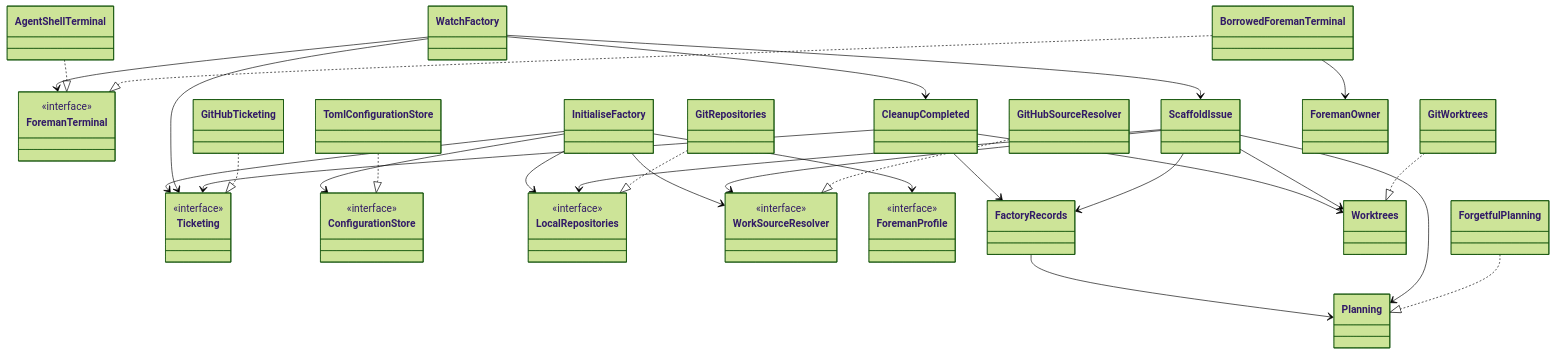
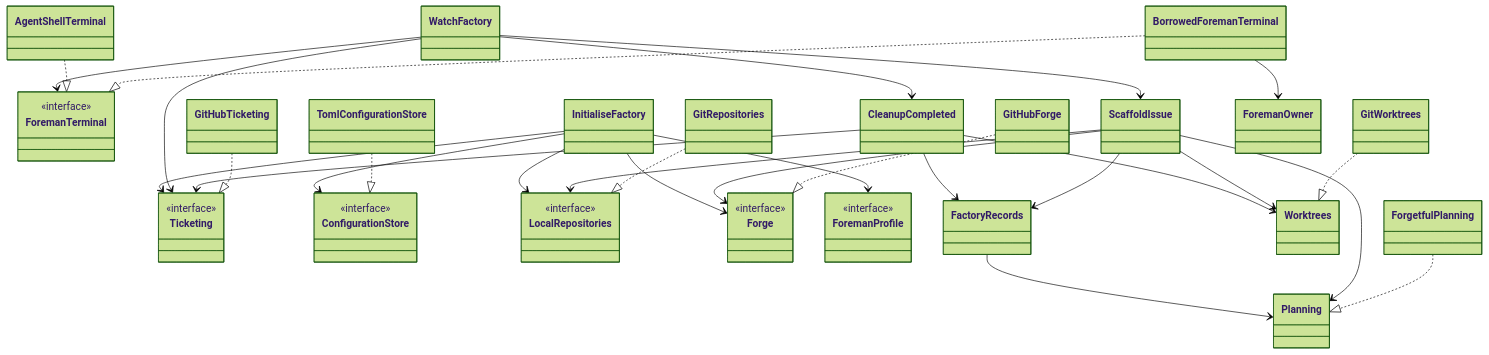
Before and after one commit to ScottRBK/factory: the diagram in docs/architecture.md, drawn with Mermaid (forest theme). The commit also changed other lines of this file and 30 other files, not shown here.

````diff
--- a/docs/architecture.md
+++ b/docs/architecture.md
@@ -64,49 +65,49 @@
 ```mermaid
 classDiagram
     direction TB
     class Ticketing {
         <<interface>>
     }
     class ConfigurationStore {
         <<interface>>
     }
     class LocalRepositories {
         <<interface>>
     }
-    class WorkSourceResolver {
+    class Forge {
         <<interface>>
     }
     class ForemanTerminal {
         <<interface>>
     }
     class ForemanProfile {
         <<interface>>
     }
     InitialiseFactory --> Ticketing
     InitialiseFactory --> ConfigurationStore
     InitialiseFactory --> LocalRepositories
-    InitialiseFactory --> WorkSourceResolver
+    InitialiseFactory --> Forge
     InitialiseFactory --> ForemanProfile
     WatchFactory --> Ticketing
     WatchFactory --> ForemanTerminal
     WatchFactory --> ScaffoldIssue
     WatchFactory --> CleanupCompleted
     CleanupCompleted --> FactoryRecords
     CleanupCompleted --> Worktrees
     CleanupCompleted --> Ticketing
     ScaffoldIssue --> FactoryRecords
     FactoryRecords --> Planning
     ScaffoldIssue --> Planning
     ScaffoldIssue --> Worktrees
     ScaffoldIssue --> LocalRepositories
-    ScaffoldIssue --> WorkSourceResolver
+    ScaffoldIssue --> Forge
     ForgetfulPlanning ..|> Planning
     GitWorktrees ..|> Worktrees
     GitHubTicketing ..|> Ticketing
-    GitHubSourceResolver ..|> WorkSourceResolver
+    GitHubForge ..|> Forge
     TomlConfigurationStore ..|> ConfigurationStore
     GitRepositories ..|> LocalRepositories
     AgentShellTerminal ..|> ForemanTerminal
     BorrowedForemanTerminal ..|> ForemanTerminal
     BorrowedForemanTerminal --> ForemanOwner
 ```
````
